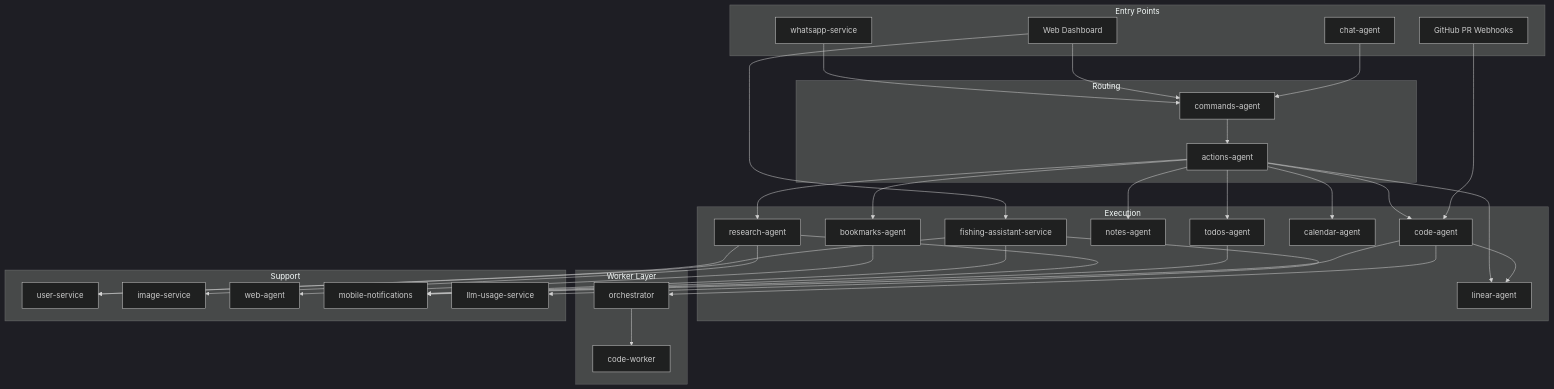
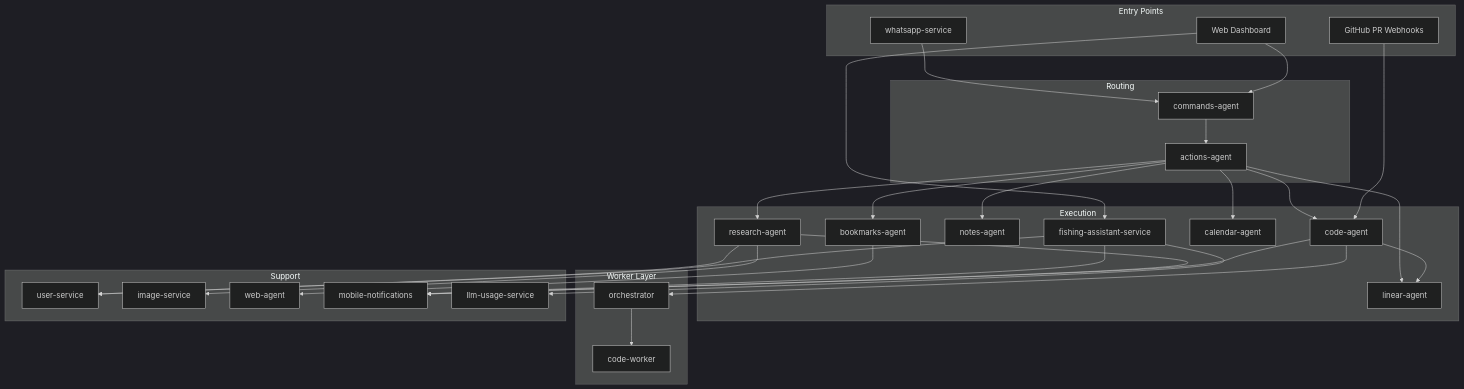
Before and after one commit to pbuchman/intexuraos: the second of 2 diagrams in docs/services/index.md, drawn with Mermaid (dark theme). The commit also changed other lines of this file and 463 other files, not shown here.

````diff
--- a/docs/services/index.md
+++ b/docs/services/index.md
@@ -403,68 +386,63 @@
 ```mermaid
 graph TD
     subgraph "Entry Points"
         WA[whatsapp-service]
         WEB[Web Dashboard]
-        CHAT[chat-agent]
         GH_PR[GitHub PR Webhooks]
     end
 
     subgraph "Routing"
         CMD[commands-agent]
         ACT[actions-agent]
     end
 
     subgraph "Execution"
         RES[research-agent]
         FISH[fishing-assistant-service]
-        TODO[todos-agent]
         NOTE[notes-agent]
         BOOK[bookmarks-agent]
         CAL[calendar-agent]
         LIN[linear-agent]
         CODE[code-agent]
     end
 
     subgraph "Worker Layer"
         ORCH[orchestrator]
         CW[code-worker]
     end
 
     subgraph "Support"
         USER[user-service]
         IMG[image-service]
         WEB_A[web-agent]
         NOTIF[mobile-notifications]
         LLM_USAGE[llm-usage-service]
     end
 
     WA --> CMD
     WEB --> CMD
     WEB --> FISH
-    CHAT --> CMD
     CMD --> ACT
 
     ACT --> RES
-    ACT --> TODO
     ACT --> NOTE
     ACT --> BOOK
     ACT --> CAL
     ACT --> LIN
     ACT --> CODE
 
     GH_PR --> CODE
     CODE --> ORCH
     ORCH --> CW
     CODE --> LIN
 
     RES --> USER
     RES --> IMG
     BOOK --> WEB_A
     FISH --> NOTIF
     FISH --> USER
     FISH --> LLM_USAGE
 
     RES --> NOTIF
-    TODO --> NOTIF
     CODE --> NOTIF
 ```
````
